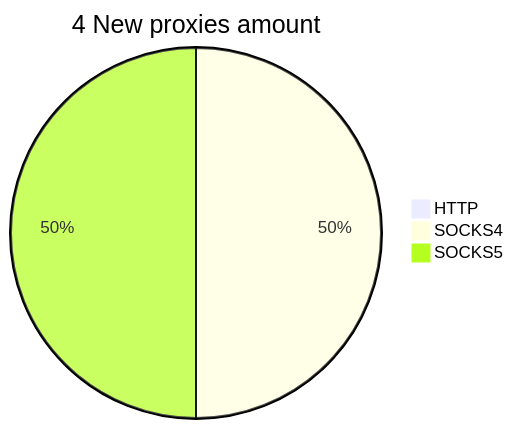
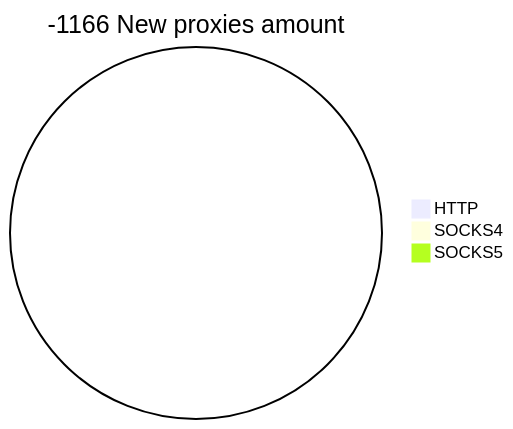
Before and after one commit to cutipu/proxylist: the second of 2 diagrams in README.md, drawn with Mermaid. The commit also changed other lines of this file, not shown here.

````diff
--- a/README.md
+++ b/README.md
@@ -10,6 +10,6 @@
 ```mermaid
-pie title 4 New proxies amount
+pie title -1166 New proxies amount
     "HTTP" : 0
-    "SOCKS4" : 2
-    "SOCKS5" : 2
+    "SOCKS4" : 0
+    "SOCKS5" : 0
 ```
````
